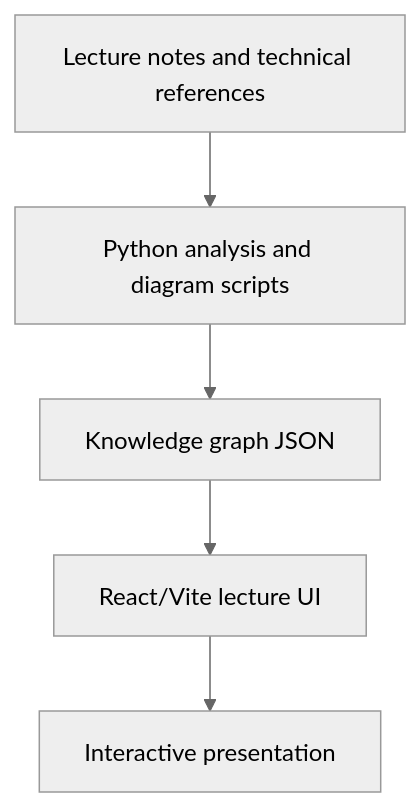
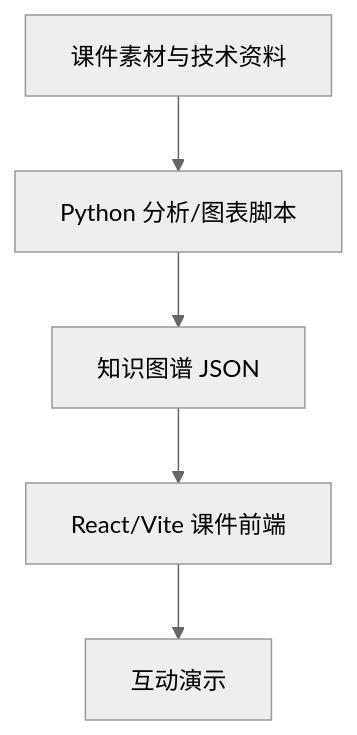
The diagram in README.md (CHINGBOH/agent-lecture), drawn with Mermaid (neutral theme) before and after one commit. The commit also changed other lines of this file, not shown here.

````diff
--- a/README.md
+++ b/README.md
@@ -10,7 +7,7 @@
 ```mermaid
 graph TD
-  Source[Lecture notes and technical references] --> Scripts[Python analysis and diagram scripts]
-  Scripts --> KG[Knowledge graph JSON]
-  KG --> UI[React/Vite lecture UI]
-  UI --> Browser[Interactive presentation]
+  Source[课件素材与技术资料] --> Scripts[Python 分析/图表脚本]
+  Scripts --> KG[知识图谱 JSON]
+  KG --> UI[React/Vite 课件前端]
+  UI --> Browser[互动演示]
 ```
````
